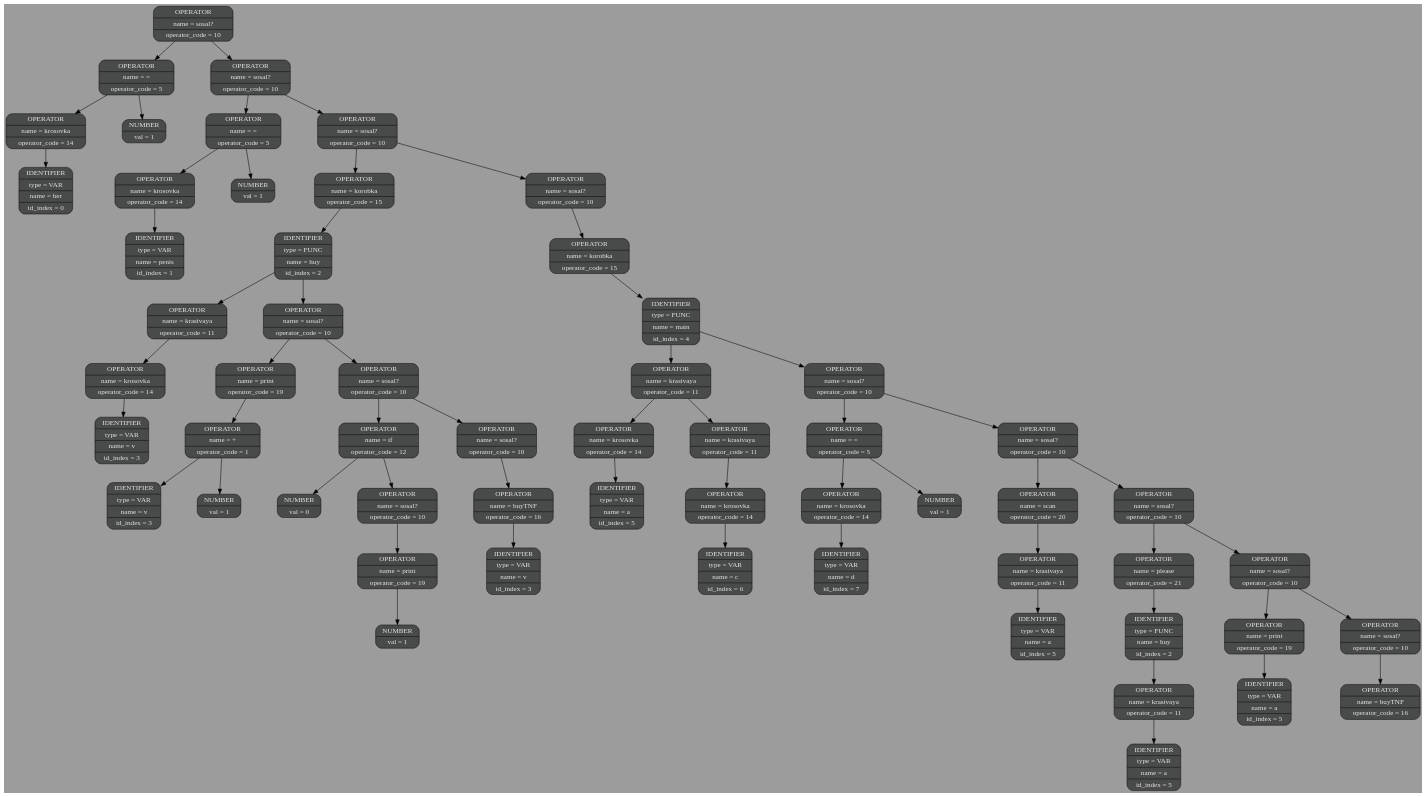
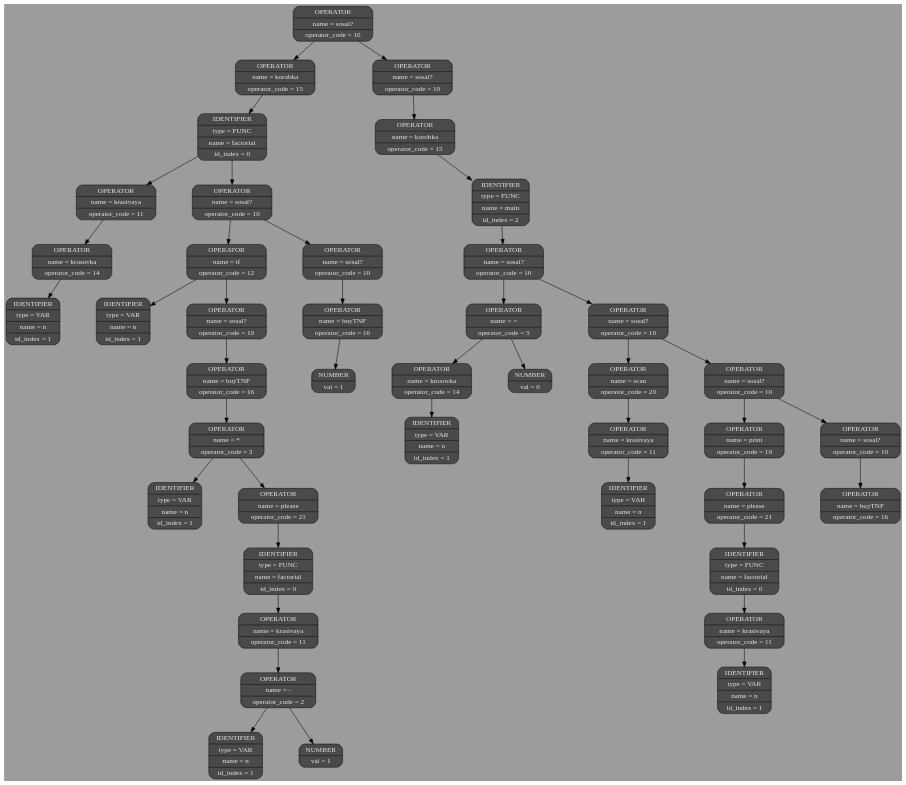
Before and after one commit to sevaphasol/language: the diagram in frontend/logs/dot_files/001.dot, drawn with Graphviz. The commit also changed 13 other files, not shown here.

```diff
--- a/frontend/logs/dot_files/001.dot
+++ b/frontend/logs/dot_files/001.dot
@@ -1,66 +1,50 @@
 digraph G{
 nodesep=1;
 ranksep=0.5;
 rankdir=HR;
 node[style=filled, color="#0a0a0a", fillcolor="#494a4a",fontcolor="#e6e6e6", fontsize=14];
 edge[color="#000000", fontsize=12, penwidth=1, fontcolor = "#49006a"];
 bgcolor="#9c9c9c";
-elem0x7f8a49000010[shape="Mrecord", label= "{OPERATOR | name = sosal? | operator_code = 10}"];
-elem0x7f8a49000010->elem0x7f8a49000088;elem0x7f8a49000088[shape="Mrecord", label= "{OPERATOR | name = = | operator_code = 5}"];
-elem0x7f8a49000088->elem0x7f8a49000038;elem0x7f8a49000038[shape="Mrecord", label= "{OPERATOR | name = krosovka | operator_code = 14}"];
-elem0x7f8a49000038->elem0x7f8a49000060;elem0x7f8a49000060[shape="Mrecord", label= "{IDENTIFIER | type = VAR | name = her | id_index = 0}"];
-elem0x7f8a49000088->elem0x7f8a490000b0;elem0x7f8a490000b0[shape="Mrecord", label= "{NUMBER | val = 1}"];
-elem0x7f8a49000010->elem0x7f8a490000d8;elem0x7f8a490000d8[shape="Mrecord", label= "{OPERATOR | name = sosal? | operator_code = 10}"];
-elem0x7f8a490000d8->elem0x7f8a49000150;elem0x7f8a49000150[shape="Mrecord", label= "{OPERATOR | name = = | operator_code = 5}"];
-elem0x7f8a49000150->elem0x7f8a49000100;elem0x7f8a49000100[shape="Mrecord", label= "{OPERATOR | name = krosovka | operator_code = 14}"];
-elem0x7f8a49000100->elem0x7f8a49000128;elem0x7f8a49000128[shape="Mrecord", label= "{IDENTIFIER | type = VAR | name = penis | id_index = 1}"];
-elem0x7f8a49000150->elem0x7f8a49000178;elem0x7f8a49000178[shape="Mrecord", label= "{NUMBER | val = 1}"];
-elem0x7f8a490000d8->elem0x7f8a490001a0;elem0x7f8a490001a0[shape="Mrecord", label= "{OPERATOR | name = sosal? | operator_code = 10}"];
-elem0x7f8a490001a0->elem0x7f8a490001c8;elem0x7f8a490001c8[shape="Mrecord", label= "{OPERATOR | name = korobka | operator_code = 15}"];
-elem0x7f8a490001c8->elem0x7f8a490001f0;elem0x7f8a490001f0[shape="Mrecord", label= "{IDENTIFIER | type = FUNC | name = huy | id_index = 2}"];
-elem0x7f8a490001f0->elem0x7f8a49000240;elem0x7f8a49000240[shape="Mrecord", label= "{OPERATOR | name = krasivaya | operator_code = 11}"];
-elem0x7f8a49000240->elem0x7f8a49000268;elem0x7f8a49000268[shape="Mrecord", label= "{OPERATOR | name = krosovka | operator_code = 14}"];
-elem0x7f8a49000268->elem0x7f8a49000290;elem0x7f8a49000290[shape="Mrecord", label= "{IDENTIFIER | type = VAR | name = v | id_index = 3}"];
-elem0x7f8a490001f0->elem0x7f8a49000308;elem0x7f8a49000308[shape="Mrecord", label= "{OPERATOR | name = sosal? | operator_code = 10}"];
-elem0x7f8a49000308->elem0x7f8a49000330;elem0x7f8a49000330[shape="Mrecord", label= "{OPERATOR | name = print | operator_code = 19}"];
-elem0x7f8a49000330->elem0x7f8a490003d0;elem0x7f8a490003d0[shape="Mrecord", label= "{OPERATOR | name = + | operator_code = 1}"];
-elem0x7f8a490003d0->elem0x7f8a490003a8;elem0x7f8a490003a8[shape="Mrecord", label= "{IDENTIFIER | type = VAR | name = v | id_index = 3}"];
-elem0x7f8a490003d0->elem0x7f8a490003f8;elem0x7f8a490003f8[shape="Mrecord", label= "{NUMBER | val = 1}"];
-elem0x7f8a49000308->elem0x7f8a49000448;elem0x7f8a49000448[shape="Mrecord", label= "{OPERATOR | name = sosal? | operator_code = 10}"];
-elem0x7f8a49000448->elem0x7f8a49000470;elem0x7f8a49000470[shape="Mrecord", label= "{OPERATOR | name = if | operator_code = 12}"];
-elem0x7f8a49000470->elem0x7f8a490004c0;elem0x7f8a490004c0[shape="Mrecord", label= "{NUMBER | val = 0}"];
-elem0x7f8a49000470->elem0x7f8a49000538;elem0x7f8a49000538[shape="Mrecord", label= "{OPERATOR | name = sosal? | operator_code = 10}"];
-elem0x7f8a49000538->elem0x7f8a49000560;elem0x7f8a49000560[shape="Mrecord", label= "{OPERATOR | name = print | operator_code = 19}"];
-elem0x7f8a49000560->elem0x7f8a490005d8;elem0x7f8a490005d8[shape="Mrecord", label= "{NUMBER | val = 1}"];
-elem0x7f8a49000448->elem0x7f8a49000650;elem0x7f8a49000650[shape="Mrecord", label= "{OPERATOR | name = sosal? | operator_code = 10}"];
-elem0x7f8a49000650->elem0x7f8a49000678;elem0x7f8a49000678[shape="Mrecord", label= "{OPERATOR | name = buyTNF | operator_code = 16}"];
-elem0x7f8a49000678->elem0x7f8a490006a0;elem0x7f8a490006a0[shape="Mrecord", label= "{IDENTIFIER | type = VAR | name = v | id_index = 3}"];
-elem0x7f8a490001a0->elem0x7f8a490006f0;elem0x7f8a490006f0[shape="Mrecord", label= "{OPERATOR | name = sosal? | operator_code = 10}"];
-elem0x7f8a490006f0->elem0x7f8a49000718;elem0x7f8a49000718[shape="Mrecord", label= "{OPERATOR | name = korobka | operator_code = 15}"];
-elem0x7f8a49000718->elem0x7f8a49000740;elem0x7f8a49000740[shape="Mrecord", label= "{IDENTIFIER | type = FUNC | name = main | id_index = 4}"];
-elem0x7f8a49000740->elem0x7f8a49000790;elem0x7f8a49000790[shape="Mrecord", label= "{OPERATOR | name = krasivaya | operator_code = 11}"];
-elem0x7f8a49000790->elem0x7f8a490007b8;elem0x7f8a490007b8[shape="Mrecord", label= "{OPERATOR | name = krosovka | operator_code = 14}"];
-elem0x7f8a490007b8->elem0x7f8a490007e0;elem0x7f8a490007e0[shape="Mrecord", label= "{IDENTIFIER | type = VAR | name = a | id_index = 5}"];
-elem0x7f8a49000790->elem0x7f8a49000808;elem0x7f8a49000808[shape="Mrecord", label= "{OPERATOR | name = krasivaya | operator_code = 11}"];
-elem0x7f8a49000808->elem0x7f8a49000830;elem0x7f8a49000830[shape="Mrecord", label= "{OPERATOR | name = krosovka | operator_code = 14}"];
-elem0x7f8a49000830->elem0x7f8a49000858;elem0x7f8a49000858[shape="Mrecord", label= "{IDENTIFIER | type = VAR | name = c | id_index = 6}"];
-elem0x7f8a49000740->elem0x7f8a490008d0;elem0x7f8a490008d0[shape="Mrecord", label= "{OPERATOR | name = sosal? | operator_code = 10}"];
-elem0x7f8a490008d0->elem0x7f8a49000948;elem0x7f8a49000948[shape="Mrecord", label= "{OPERATOR | name = = | operator_code = 5}"];
-elem0x7f8a49000948->elem0x7f8a490008f8;elem0x7f8a490008f8[shape="Mrecord", label= "{OPERATOR | name = krosovka | operator_code = 14}"];
-elem0x7f8a490008f8->elem0x7f8a49000920;elem0x7f8a49000920[shape="Mrecord", label= "{IDENTIFIER | type = VAR | name = d | id_index = 7}"];
-elem0x7f8a49000948->elem0x7f8a49000970;elem0x7f8a49000970[shape="Mrecord", label= "{NUMBER | val = 1}"];
-elem0x7f8a490008d0->elem0x7f8a49000998;elem0x7f8a49000998[shape="Mrecord", label= "{OPERATOR | name = sosal? | operator_code = 10}"];
-elem0x7f8a49000998->elem0x7f8a490009c0;elem0x7f8a490009c0[shape="Mrecord", label= "{OPERATOR | name = scan | operator_code = 20}"];
-elem0x7f8a490009c0->elem0x7f8a49000a10;elem0x7f8a49000a10[shape="Mrecord", label= "{OPERATOR | name = krasivaya | operator_code = 11}"];
-elem0x7f8a49000a10->elem0x7f8a49000a38;elem0x7f8a49000a38[shape="Mrecord", label= "{IDENTIFIER | type = VAR | name = a | id_index = 5}"];
-elem0x7f8a49000998->elem0x7f8a49000a88;elem0x7f8a49000a88[shape="Mrecord", label= "{OPERATOR | name = sosal? | operator_code = 10}"];
-elem0x7f8a49000a88->elem0x7f8a49000ab0;elem0x7f8a49000ab0[shape="Mrecord", label= "{OPERATOR | name = please | operator_code = 21}"];
-elem0x7f8a49000ab0->elem0x7f8a49000ad8;elem0x7f8a49000ad8[shape="Mrecord", label= "{IDENTIFIER | type = FUNC | name = huy | id_index = 2}"];
-elem0x7f8a49000ad8->elem0x7f8a49000b28;elem0x7f8a49000b28[shape="Mrecord", label= "{OPERATOR | name = krasivaya | operator_code = 11}"];
-elem0x7f8a49000b28->elem0x7f8a49000b50;elem0x7f8a49000b50[shape="Mrecord", label= "{IDENTIFIER | type = VAR | name = a | id_index = 5}"];
-elem0x7f8a49000a88->elem0x7f8a49000ba0;elem0x7f8a49000ba0[shape="Mrecord", label= "{OPERATOR | name = sosal? | operator_code = 10}"];
-elem0x7f8a49000ba0->elem0x7f8a49000bc8;elem0x7f8a49000bc8[shape="Mrecord", label= "{OPERATOR | name = print | operator_code = 19}"];
-elem0x7f8a49000bc8->elem0x7f8a49000c40;elem0x7f8a49000c40[shape="Mrecord", label= "{IDENTIFIER | type = VAR | name = a | id_index = 5}"];
-elem0x7f8a49000ba0->elem0x7f8a49000c90;elem0x7f8a49000c90[shape="Mrecord", label= "{OPERATOR | name = sosal? | operator_code = 10}"];
-elem0x7f8a49000c90->elem0x7f8a49000cb8;elem0x7f8a49000cb8[shape="Mrecord", label= "{OPERATOR | name = buyTNF | operator_code = 16}"];
+elem0x763691200010[shape="Mrecord", label= "{OPERATOR | name = sosal? | operator_code = 10}"];
+elem0x763691200010->elem0x763691200038;elem0x763691200038[shape="Mrecord", label= "{OPERATOR | name = korobka | operator_code = 15}"];
+elem0x763691200038->elem0x763691200060;elem0x763691200060[shape="Mrecord", label= "{IDENTIFIER | type = FUNC | name = factorial | id_index = 0}"];
+elem0x763691200060->elem0x7636912000b0;elem0x7636912000b0[shape="Mrecord", label= "{OPERATOR | name = krasivaya | operator_code = 11}"];
+elem0x7636912000b0->elem0x7636912000d8;elem0x7636912000d8[shape="Mrecord", label= "{OPERATOR | name = krosovka | operator_code = 14}"];
+elem0x7636912000d8->elem0x763691200100;elem0x763691200100[shape="Mrecord", label= "{IDENTIFIER | type = VAR | name = n | id_index = 1}"];
+elem0x763691200060->elem0x763691200178;elem0x763691200178[shape="Mrecord", label= "{OPERATOR | name = sosal? | operator_code = 10}"];
+elem0x763691200178->elem0x7636912001a0;elem0x7636912001a0[shape="Mrecord", label= "{OPERATOR | name = if | operator_code = 12}"];
+elem0x7636912001a0->elem0x7636912001f0;elem0x7636912001f0[shape="Mrecord", label= "{IDENTIFIER | type = VAR | name = n | id_index = 1}"];
+elem0x7636912001a0->elem0x763691200268;elem0x763691200268[shape="Mrecord", label= "{OPERATOR | name = sosal? | operator_code = 10}"];
+elem0x763691200268->elem0x763691200290;elem0x763691200290[shape="Mrecord", label= "{OPERATOR | name = buyTNF | operator_code = 16}"];
+elem0x763691200290->elem0x7636912002e0;elem0x7636912002e0[shape="Mrecord", label= "{OPERATOR | name = * | operator_code = 3}"];
+elem0x7636912002e0->elem0x7636912002b8;elem0x7636912002b8[shape="Mrecord", label= "{IDENTIFIER | type = VAR | name = n | id_index = 1}"];
+elem0x7636912002e0->elem0x763691200330;elem0x763691200330[shape="Mrecord", label= "{OPERATOR | name = please | operator_code = 21}"];
+elem0x763691200330->elem0x763691200358;elem0x763691200358[shape="Mrecord", label= "{IDENTIFIER | type = FUNC | name = factorial | id_index = 0}"];
+elem0x763691200358->elem0x7636912003a8;elem0x7636912003a8[shape="Mrecord", label= "{OPERATOR | name = krasivaya | operator_code = 11}"];
+elem0x7636912003a8->elem0x7636912003f8;elem0x7636912003f8[shape="Mrecord", label= "{OPERATOR | name = - | operator_code = 2}"];
+elem0x7636912003f8->elem0x7636912003d0;elem0x7636912003d0[shape="Mrecord", label= "{IDENTIFIER | type = VAR | name = n | id_index = 1}"];
+elem0x7636912003f8->elem0x763691200420;elem0x763691200420[shape="Mrecord", label= "{NUMBER | val = 1}"];
+elem0x763691200178->elem0x7636912004c0;elem0x7636912004c0[shape="Mrecord", label= "{OPERATOR | name = sosal? | operator_code = 10}"];
+elem0x7636912004c0->elem0x7636912004e8;elem0x7636912004e8[shape="Mrecord", label= "{OPERATOR | name = buyTNF | operator_code = 16}"];
+elem0x7636912004e8->elem0x763691200510;elem0x763691200510[shape="Mrecord", label= "{NUMBER | val = 1}"];
+elem0x763691200010->elem0x763691200560;elem0x763691200560[shape="Mrecord", label= "{OPERATOR | name = sosal? | operator_code = 10}"];
+elem0x763691200560->elem0x763691200588;elem0x763691200588[shape="Mrecord", label= "{OPERATOR | name = korobka | operator_code = 15}"];
+elem0x763691200588->elem0x7636912005b0;elem0x7636912005b0[shape="Mrecord", label= "{IDENTIFIER | type = FUNC | name = main | id_index = 2}"];
+elem0x7636912005b0->elem0x763691200650;elem0x763691200650[shape="Mrecord", label= "{OPERATOR | name = sosal? | operator_code = 10}"];
+elem0x763691200650->elem0x7636912006c8;elem0x7636912006c8[shape="Mrecord", label= "{OPERATOR | name = = | operator_code = 5}"];
+elem0x7636912006c8->elem0x763691200678;elem0x763691200678[shape="Mrecord", label= "{OPERATOR | name = krosovka | operator_code = 14}"];
+elem0x763691200678->elem0x7636912006a0;elem0x7636912006a0[shape="Mrecord", label= "{IDENTIFIER | type = VAR | name = n | id_index = 1}"];
+elem0x7636912006c8->elem0x7636912006f0;elem0x7636912006f0[shape="Mrecord", label= "{NUMBER | val = 0}"];
+elem0x763691200650->elem0x763691200718;elem0x763691200718[shape="Mrecord", label= "{OPERATOR | name = sosal? | operator_code = 10}"];
+elem0x763691200718->elem0x763691200740;elem0x763691200740[shape="Mrecord", label= "{OPERATOR | name = scan | operator_code = 20}"];
+elem0x763691200740->elem0x763691200790;elem0x763691200790[shape="Mrecord", label= "{OPERATOR | name = krasivaya | operator_code = 11}"];
+elem0x763691200790->elem0x7636912007b8;elem0x7636912007b8[shape="Mrecord", label= "{IDENTIFIER | type = VAR | name = n | id_index = 1}"];
+elem0x763691200718->elem0x763691200808;elem0x763691200808[shape="Mrecord", label= "{OPERATOR | name = sosal? | operator_code = 10}"];
+elem0x763691200808->elem0x763691200830;elem0x763691200830[shape="Mrecord", label= "{OPERATOR | name = print | operator_code = 19}"];
+elem0x763691200830->elem0x7636912008a8;elem0x7636912008a8[shape="Mrecord", label= "{OPERATOR | name = please | operator_code = 21}"];
+elem0x7636912008a8->elem0x7636912008d0;elem0x7636912008d0[shape="Mrecord", label= "{IDENTIFIER | type = FUNC | name = factorial | id_index = 0}"];
+elem0x7636912008d0->elem0x763691200920;elem0x763691200920[shape="Mrecord", label= "{OPERATOR | name = krasivaya | operator_code = 11}"];
+elem0x763691200920->elem0x763691200948;elem0x763691200948[shape="Mrecord", label= "{IDENTIFIER | type = VAR | name = n | id_index = 1}"];
+elem0x763691200808->elem0x7636912009c0;elem0x7636912009c0[shape="Mrecord", label= "{OPERATOR | name = sosal? | operator_code = 10}"];
+elem0x7636912009c0->elem0x7636912009e8;elem0x7636912009e8[shape="Mrecord", label= "{OPERATOR | name = buyTNF | operator_code = 16}"];
 }
```
